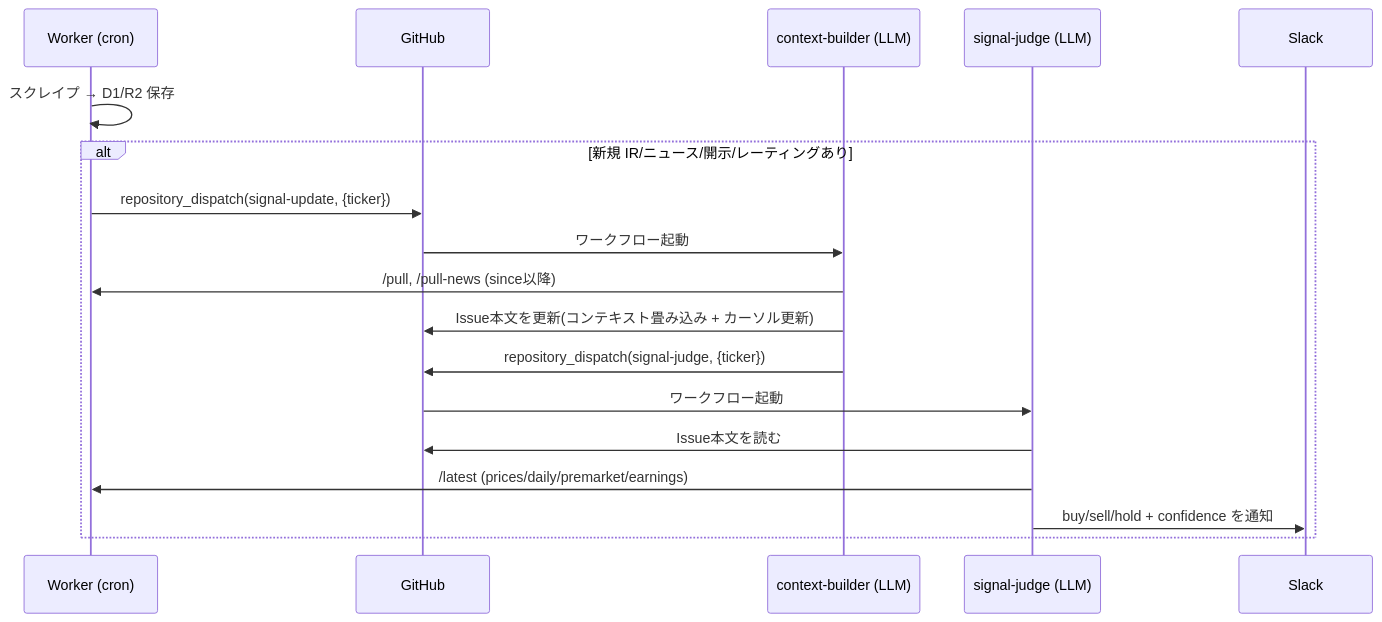
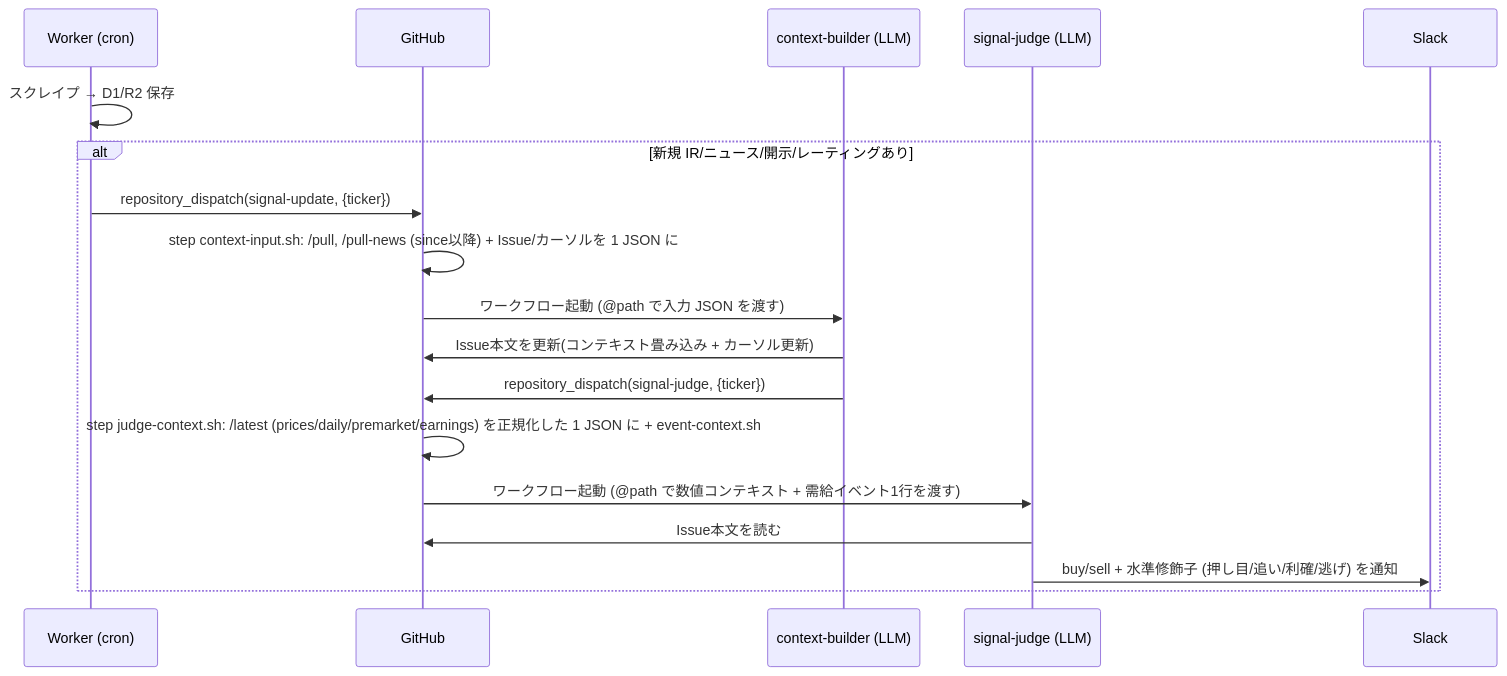
One commit to omni-stove/stock-signals changed the second of 2 diagrams in README.md. Above: the diagram before and after it, drawn with Mermaid. The commit also changed other lines of this file and 6 other files, not shown here.

First line of the commit message:
feat(context-builder): Issue+新規IR/news取得を context-input.sh で外出しし skill を Read のみに

````diff
--- a/README.md
+++ b/README.md
@@ -102,21 +105,21 @@
 ```mermaid
 sequenceDiagram
     participant W as Worker (cron)
     participant GH as GitHub
     participant CB as context-builder (LLM)
     participant SJ as signal-judge (LLM)
     participant SL as Slack
 
     W->>W: スクレイプ → D1/R2 保存
     alt 新規 IR/ニュース/開示/レーティングあり
         W->>GH: repository_dispatch(signal-update, {ticker})
-        GH->>CB: ワークフロー起動
-        CB->>W: /pull, /pull-news (since以降)
+        GH->>GH: step context-input.sh: /pull, /pull-news (since以降) + Issue/カーソルを 1 JSON に
+        GH->>CB: ワークフロー起動 (@path で入力 JSON を渡す)
         CB->>GH: Issue本文を更新(コンテキスト畳み込み + カーソル更新)
         CB->>GH: repository_dispatch(signal-judge, {ticker})
-        GH->>SJ: ワークフロー起動
+        GH->>GH: step judge-context.sh: /latest (prices/daily/premarket/earnings) を正規化した 1 JSON に + event-context.sh
+        GH->>SJ: ワークフロー起動 (@path で数値コンテキスト + 需給イベント1行を渡す)
         SJ->>GH: Issue本文を読む
-        SJ->>W: /latest (prices/daily/premarket/earnings)
-        SJ->>SL: buy/sell/hold + confidence を通知
+        SJ->>SL: buy/sell + 水準修飾子 (押し目/追い/利確/逃げ) を通知
     end
 ```
````
